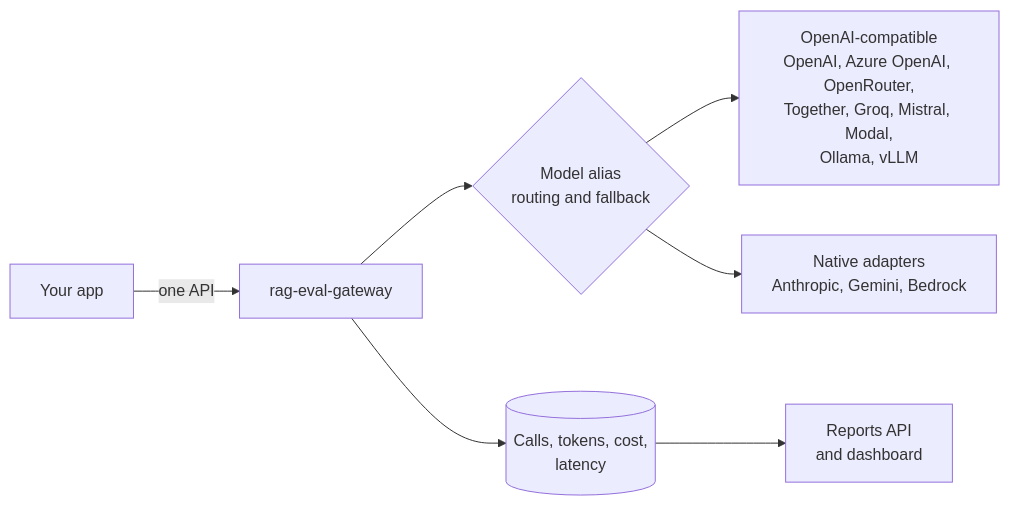
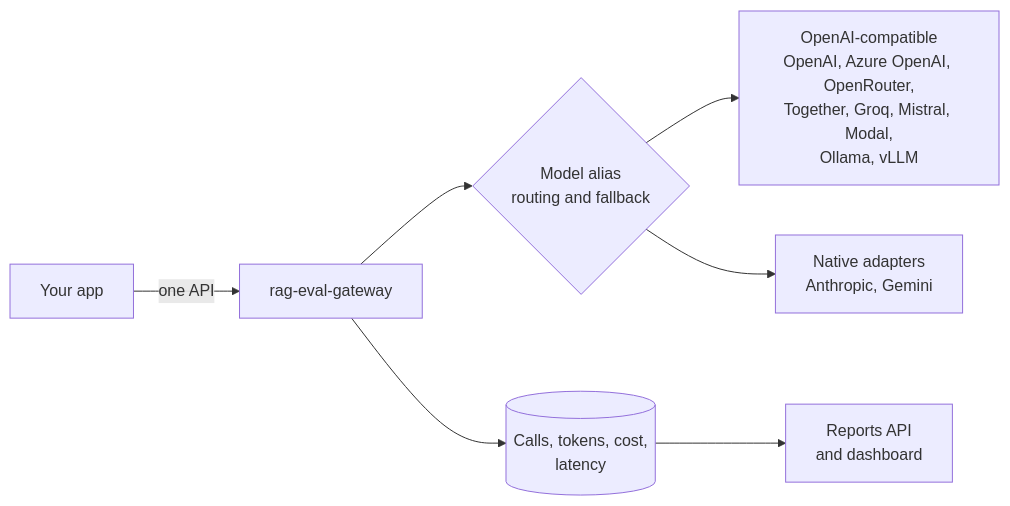
The diagram in README.md (rmkr-dev/rag-eval-gateway), drawn with Mermaid before and after one commit. The commit also changed other lines of this file and 37 other files, not shown here.

First line of the commit message:
Add native Anthropic and Gemini adapters and streaming

````diff
--- a/README.md
+++ b/README.md
@@ -10,9 +10,9 @@
 ```mermaid
 flowchart LR
     App[Your app] -->|one API| GW[rag-eval-gateway]
     GW --> R{Model alias<br/>routing and fallback}
     R --> OC[OpenAI-compatible<br/>OpenAI, Azure OpenAI, OpenRouter,<br/>Together, Groq, Mistral, Modal,<br/>Ollama, vLLM]
-    R --> N[Native adapters<br/>Anthropic, Gemini, Bedrock]
+    R --> N[Native adapters<br/>Anthropic, Gemini]
     GW --> DB[(Calls, tokens, cost,<br/>latency)]
     DB --> Rep[Reports API<br/>and dashboard]
 ```
````
